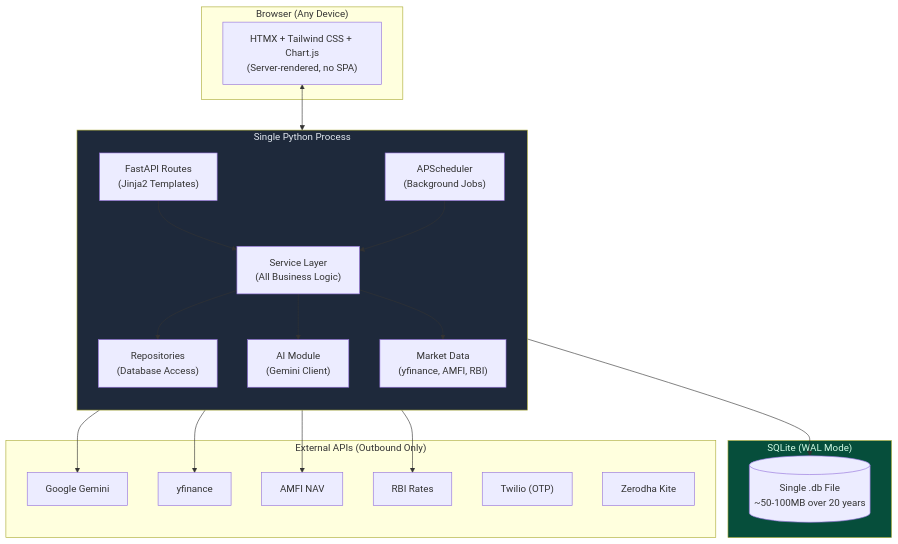
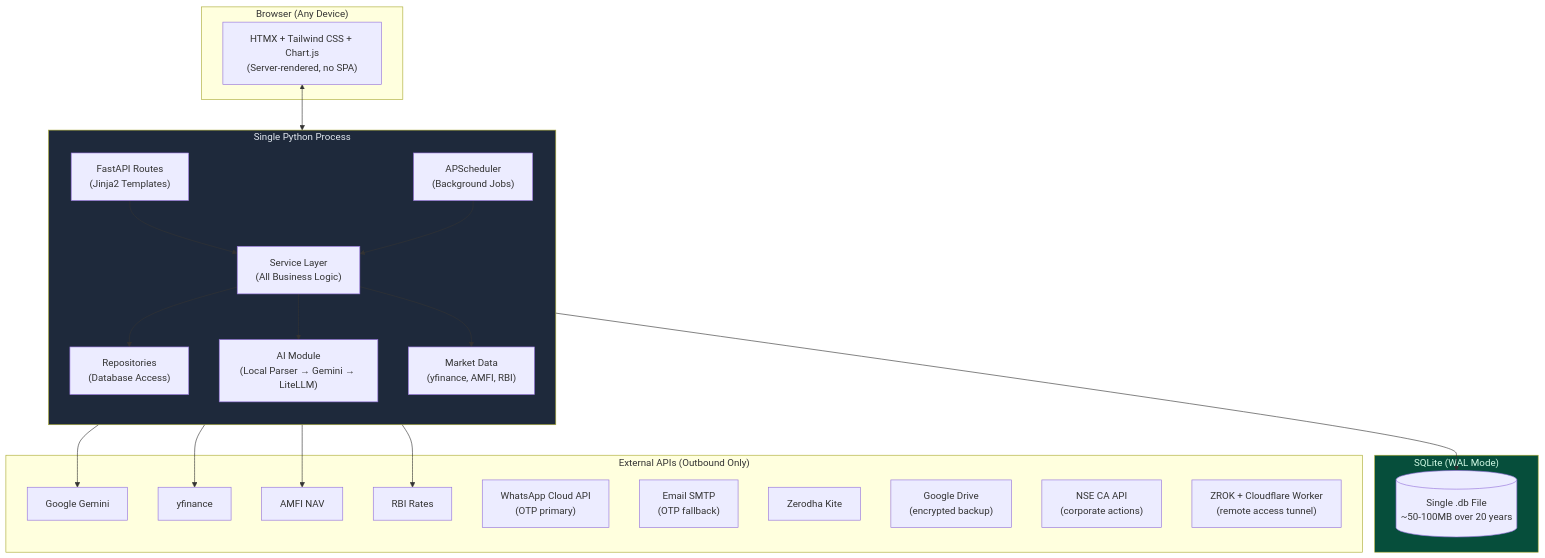
Before and after one commit to CocoCommits/ProductVision: the fourth of 20 diagrams in NEESH/NEESH.md, drawn with Mermaid. The commit also changed other lines of this file and 1 other file, not shown here.

````diff
--- a/NEESH/NEESH.md
+++ b/NEESH/NEESH.md
@@ -190,44 +191,48 @@
 ```mermaid
 flowchart TB
     subgraph Client["Browser (Any Device)"]
         UI["HTMX + Tailwind CSS + Chart.js\n(Server-rendered, no SPA)"]
     end
 
     subgraph Server["Single Python Process"]
         direction TB
         Routes["FastAPI Routes\n(Jinja2 Templates)"]
         Services["Service Layer\n(All Business Logic)"]
         Repos["Repositories\n(Database Access)"]
         Jobs["APScheduler\n(Background Jobs)"]
-        AI["AI Module\n(Gemini Client)"]
+        AI["AI Module\n(Local Parser → Gemini → LiteLLM)"]
         Market["Market Data\n(yfinance, AMFI, RBI)"]
     end
 
     subgraph Storage["SQLite (WAL Mode)"]
         DB[("Single .db File\n~50-100MB over 20 years")]
     end
 
     subgraph External["External APIs (Outbound Only)"]
         Gemini["Google Gemini"]
         YF["yfinance"]
         AMFI_API["AMFI NAV"]
         RBI["RBI Rates"]
-        Twilio["Twilio (OTP)"]
+        WA["WhatsApp Cloud API\n(OTP primary)"]
+        SMTP["Email SMTP\n(OTP fallback)"]
         Zerodha["Zerodha Kite"]
+        GDrive["Google Drive\n(encrypted backup)"]
+        NSE_CA["NSE CA API\n(corporate actions)"]
+        ZROK["ZROK + Cloudflare Worker\n(remote access tunnel)"]
     end
 
     UI <--> Routes
     Routes --> Services
     Services --> Repos
     Repos --> DB
     Jobs --> Services
     AI --> Gemini
     Market --> YF
     Market --> AMFI_API
     Market --> RBI
     Services --> AI
     Services --> Market
 
     style Server fill:#1e293b,color:#e2e8f0
     style Storage fill:#064e3b,color:#d1fae5
 ```
````
